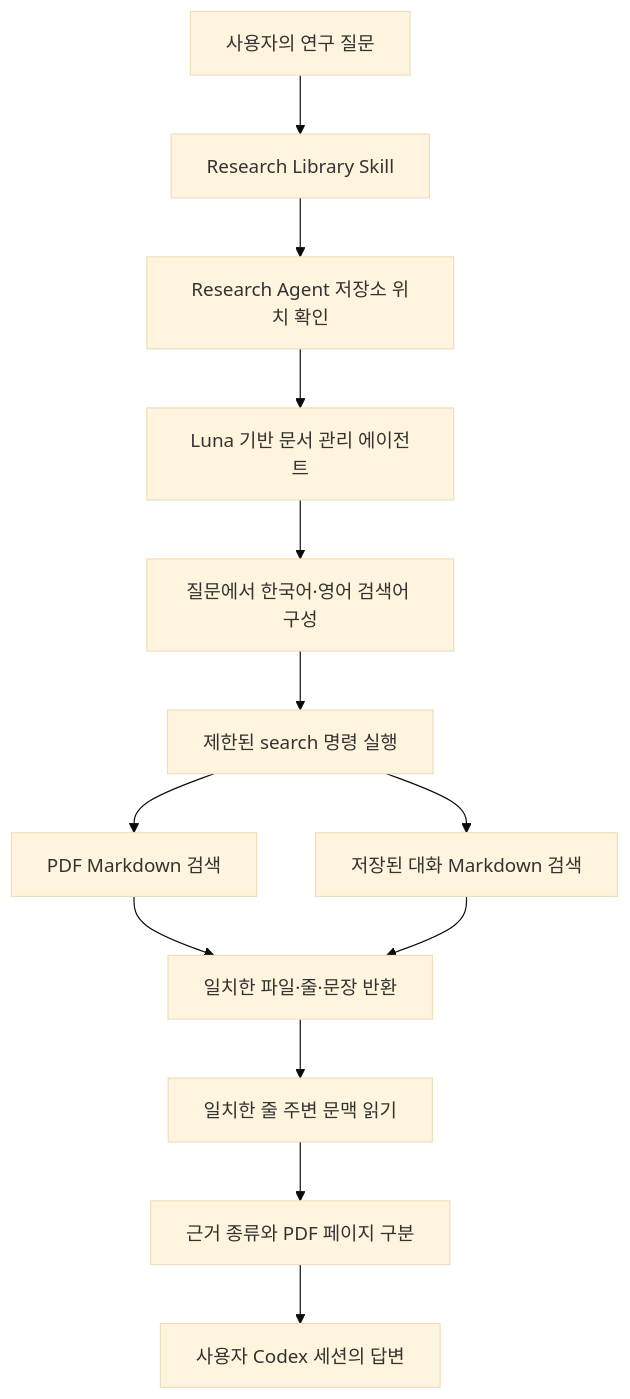
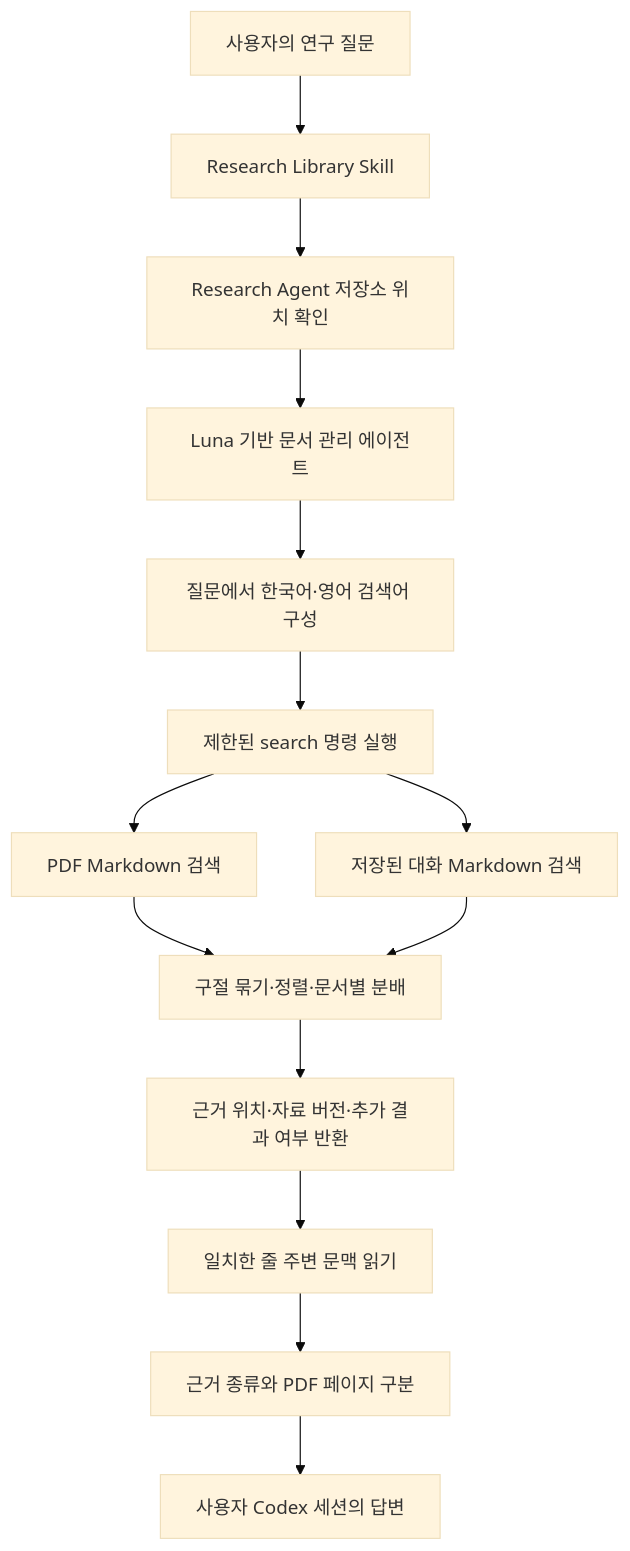
Before and after one commit to LWH4Data/research-agent: the seventh of 10 diagrams in docs/technical/README.md, drawn with Mermaid (base theme). The commit also changed other lines of this file and 69 other files, not shown here.

````diff
--- a/docs/technical/README.md
+++ b/docs/technical/README.md
@@ -659,15 +772,16 @@
 ```mermaid
 flowchart TD
     U[사용자의 연구 질문] --> S[Research Library Skill]
     S --> R[Research Agent 저장소 위치 확인]
     R --> A[Luna 기반 문서 관리 에이전트]
     A --> Q[질문에서 한국어·영어 검색어 구성]
     Q --> T[제한된 search 명령 실행]
     T --> P[PDF Markdown 검색]
     T --> C[저장된 대화 Markdown 검색]
-    P --> M[일치한 파일·줄·문장 반환]
-    C --> M
+    P --> G[구절 묶기·정렬·문서별 분배]
+    C --> G
+    G --> M[근거 위치·자료 버전·추가 결과 여부 반환]
     M --> X[일치한 줄 주변 문맥 읽기]
     X --> E[근거 종류와 PDF 페이지 구분]
     E --> O[사용자 Codex 세션의 답변]
 ```
````
